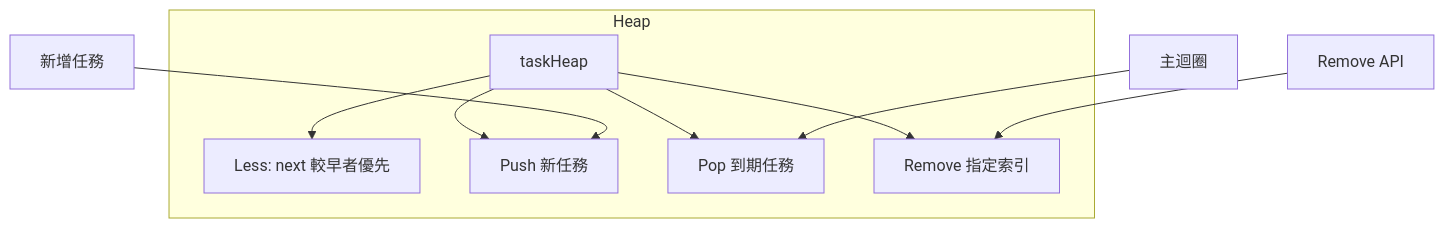
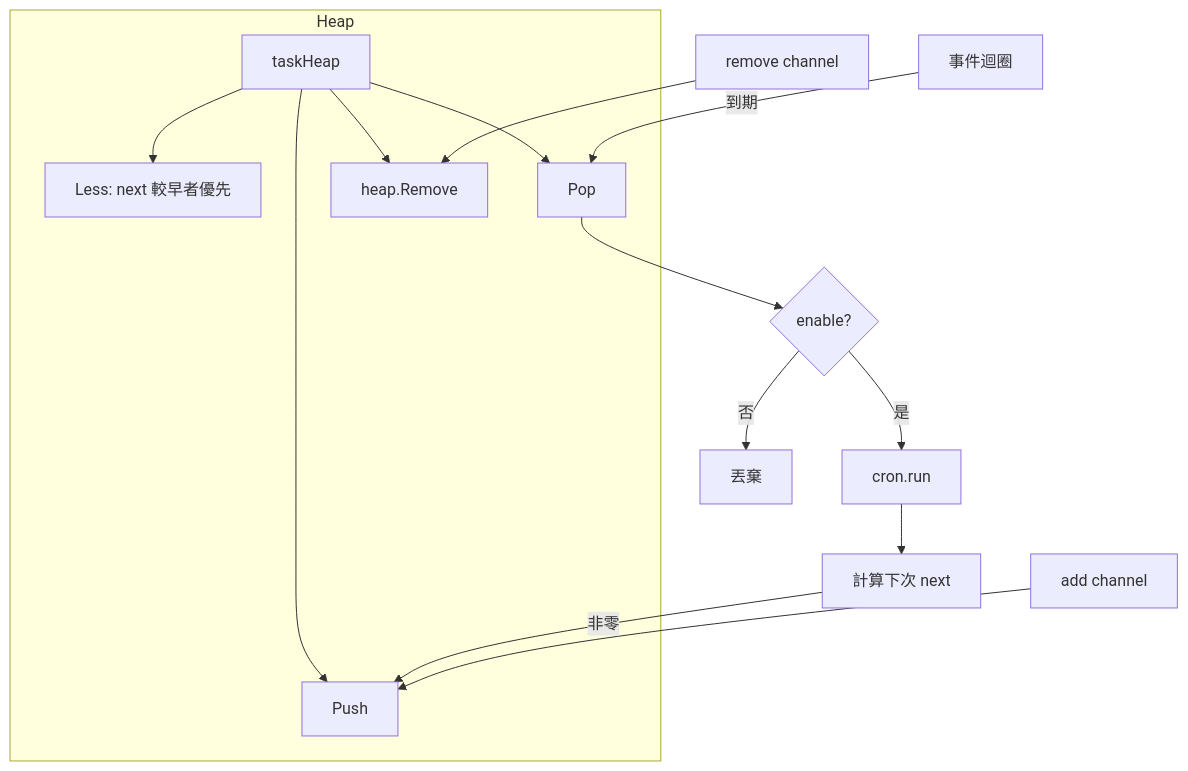
The fourth of 7 diagrams in doc/architecture.zh.md (pardnchiu/go-scheduler), drawn with Mermaid before and after one commit. The commit also changed other lines of this file and 6 other files, not shown here.

````diff
--- a/doc/architecture.zh.md
+++ b/doc/architecture.zh.md
@@ -69,12 +86,17 @@
 ```mermaid
 graph TB
     subgraph Heap
         H[taskHeap] --> Less[Less: next 較早者優先]
-        H --> Push[Push 新任務]
-        H --> Pop[Pop 到期任務]
-        H --> Remove[Remove 指定索引]
+        H --> Push[Push]
+        H --> Pop[Pop]
+        H --> Remove[heap.Remove]
     end
-    Loop[主迴圈] --> Pop
-    Add[新增任務] --> Push
-    RemoveAPI[Remove API] --> Remove
+    Loop[事件迴圈] -->|到期| Pop
+    Pop --> Enabled{enable?}
+    Enabled -->|否| Drop[丟棄]
+    Enabled -->|是| Run[cron.run]
+    Run --> Reschedule[計算下次 next]
+    Reschedule -->|非零| Push
+    AddCh[add channel] --> Push
+    RemoveCh[remove channel] --> Remove
 ```
````
